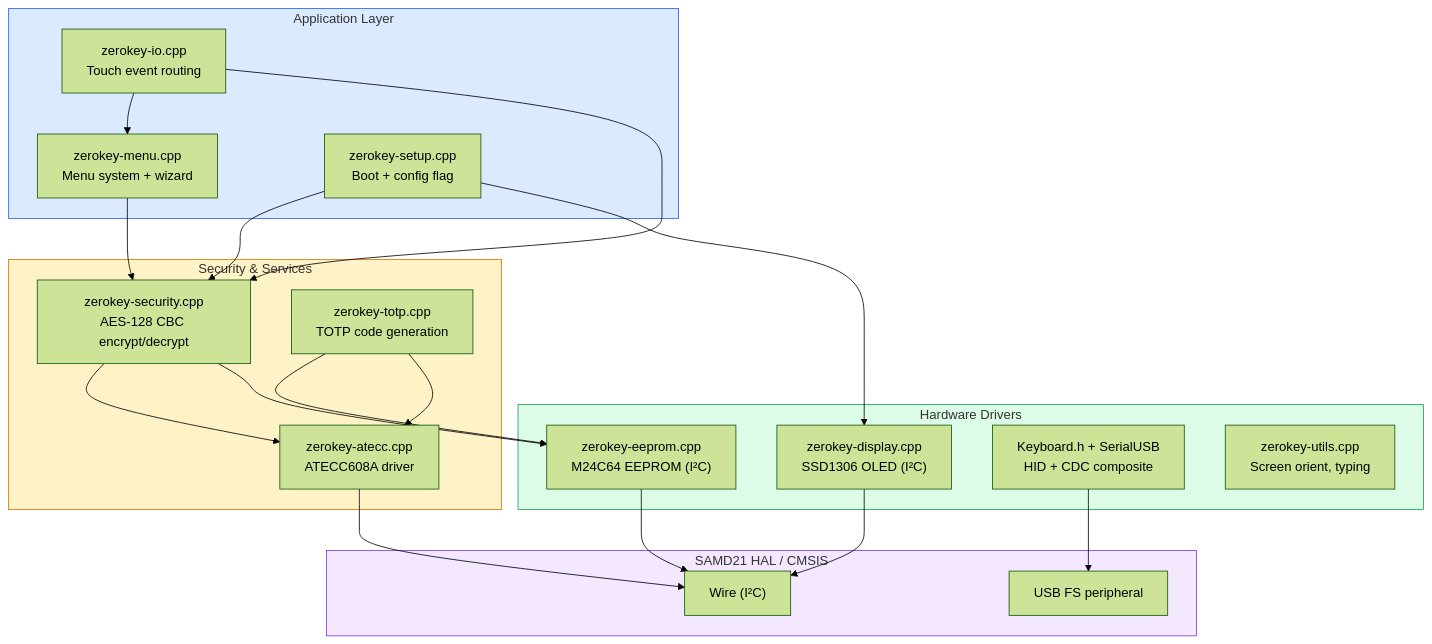
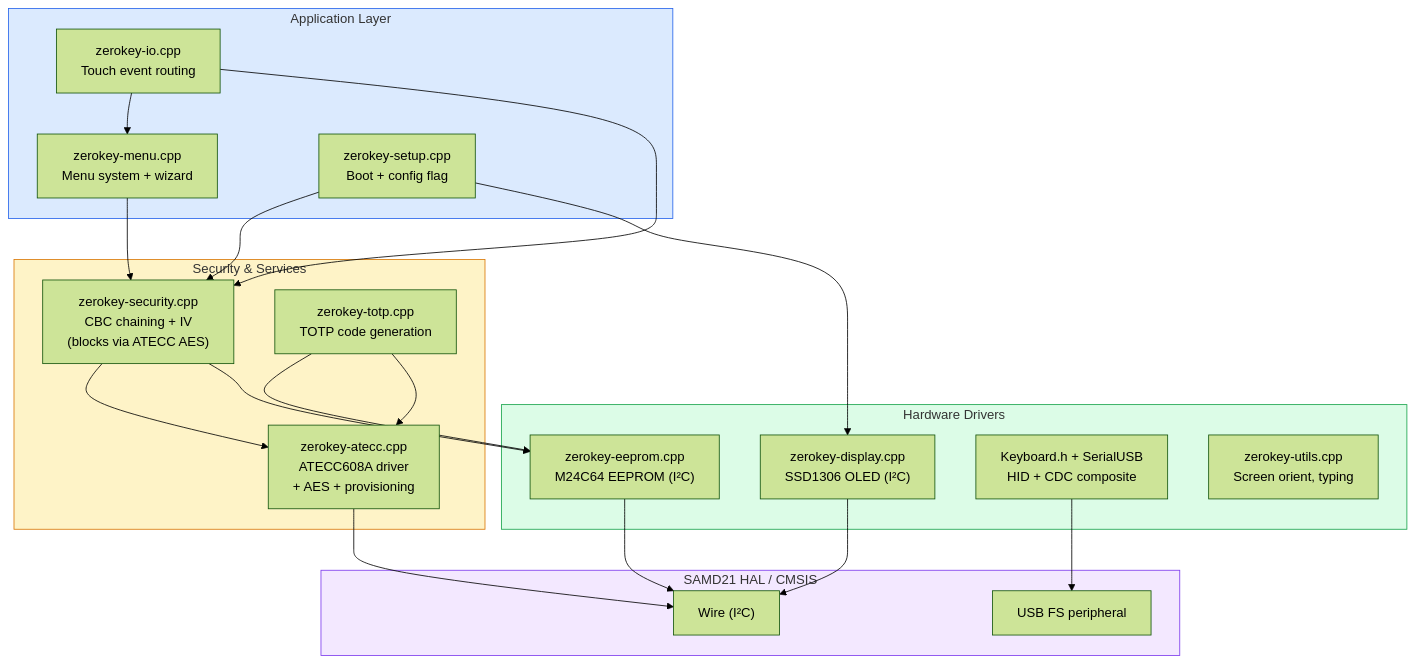
The first of 5 diagrams in firmware/architecture.mdx (Depbit-lab/docsZerokeyUSB), drawn with Mermaid (forest theme) before and after one commit. The commit also changed other lines of this file and 41 other files, not shown here.

````diff
--- a/firmware/architecture.mdx
+++ b/firmware/architecture.mdx
@@ -11,45 +11,45 @@
 ```mermaid
 graph TB
     subgraph Application["Application Layer"]
         MENU["zerokey-menu.cpp<br/>Menu system + wizard"]
         IO["zerokey-io.cpp<br/>Touch event routing"]
         SETUP["zerokey-setup.cpp<br/>Boot + config flag"]
     end
 
     subgraph Security["Security & Services"]
-        SEC["zerokey-security.cpp<br/>AES-128 CBC encrypt/decrypt"]
+        SEC["zerokey-security.cpp<br/>CBC chaining + IV<br/>(blocks via ATECC AES)"]
         TOTP["zerokey-totp.cpp<br/>TOTP code generation"]
-        ATECC["zerokey-atecc.cpp<br/>ATECC608A driver"]
+        ATECC["zerokey-atecc.cpp<br/>ATECC608A driver<br/>+ AES + provisioning"]
     end
 
     subgraph Drivers["Hardware Drivers"]
         DISP["zerokey-display.cpp<br/>SSD1306 OLED (I²C)"]
         EEPROM["zerokey-eeprom.cpp<br/>M24C64 EEPROM (I²C)"]
         USB["Keyboard.h + SerialUSB<br/>HID + CDC composite"]
         UTILS["zerokey-utils.cpp<br/>Screen orient, typing"]
     end
 
     subgraph HAL["SAMD21 HAL / CMSIS"]
         WIRE["Wire (I²C)"]
         USBHAL["USB FS peripheral"]
     end
 
     MENU --> SEC
     IO --> MENU
     IO --> SEC
     SETUP --> SEC
     SETUP --> DISP
     SEC --> ATECC
     SEC --> EEPROM
     TOTP --> EEPROM
     TOTP --> ATECC
     DISP --> WIRE
     EEPROM --> WIRE
     ATECC --> WIRE
     USB --> USBHAL
 
     style Application fill:#dbeafe,stroke:#2563eb
     style Security fill:#fef3c7,stroke:#d97706
     style Drivers fill:#dcfce7,stroke:#16a34a
     style HAL fill:#f3e8ff,stroke:#7c3aed
 ```
````
